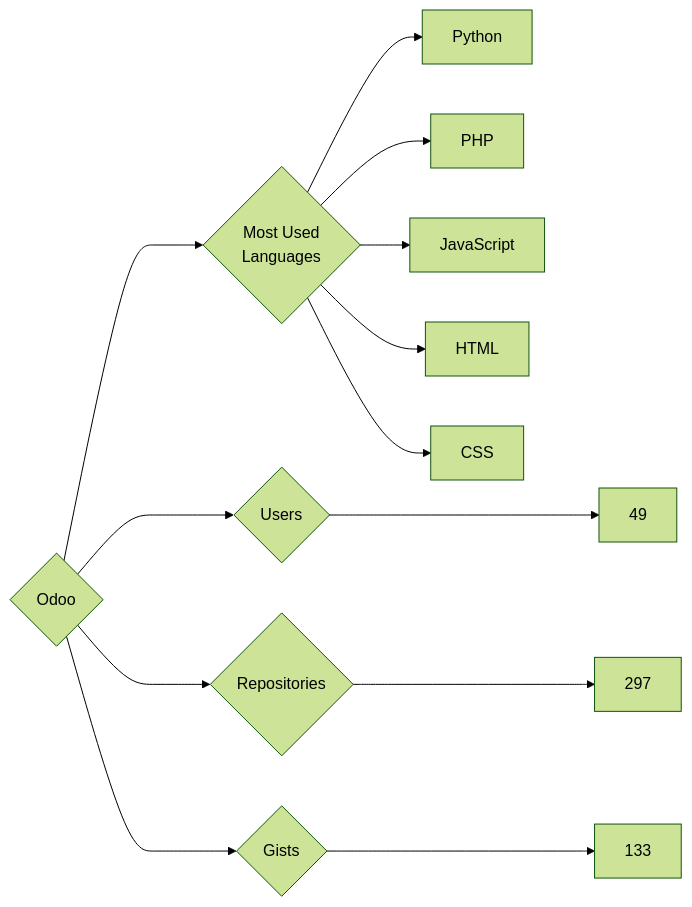
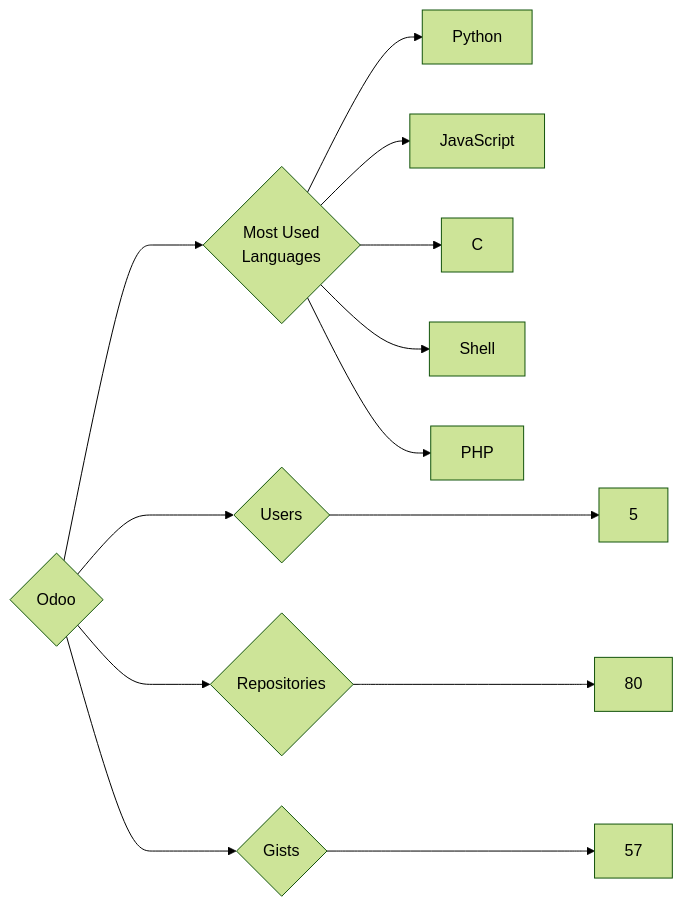
The diagram in targets/Odoo/README.md (trickest/insiders), drawn with Mermaid (forest theme) before and after one commit. The commit also changed 444 other files, not shown here.

````diff
--- a/targets/Odoo/README.md
+++ b/targets/Odoo/README.md
@@ -3,13 +3,13 @@
 ```mermaid
 graph LR
 COMPANY_NAME{Odoo}
-COMPANY_NAME ---> U{Users} ---> UN[49]
-COMPANY_NAME ---> R{Repositories} ---> RN[297]
-COMPANY_NAME ---> G{Gists} ---> GN[133]
+COMPANY_NAME ---> U{Users} ---> UN[5]
+COMPANY_NAME ---> R{Repositories} ---> RN[80]
+COMPANY_NAME ---> G{Gists} ---> GN[57]
 COMPANY_NAME ---> ML{Most Used<br>Languages}
 ML --> Python[Python]
+ML --> JavaScript[JavaScript]
+ML --> C[C]
+ML --> Shell[Shell]
 ML --> PHP[PHP]
-ML --> JavaScript[JavaScript]
-ML --> HTML[HTML]
-ML --> CSS[CSS]
 ```
````
